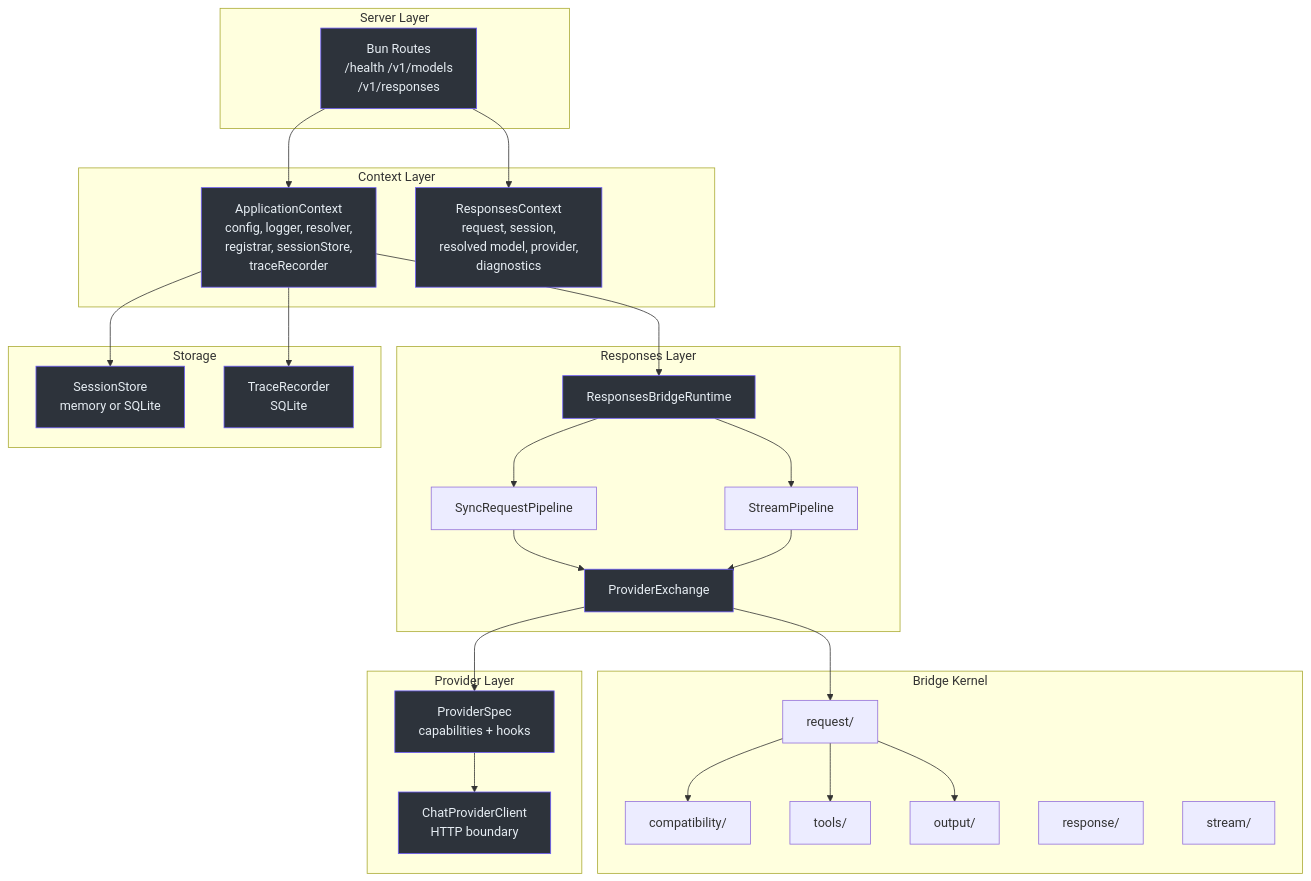
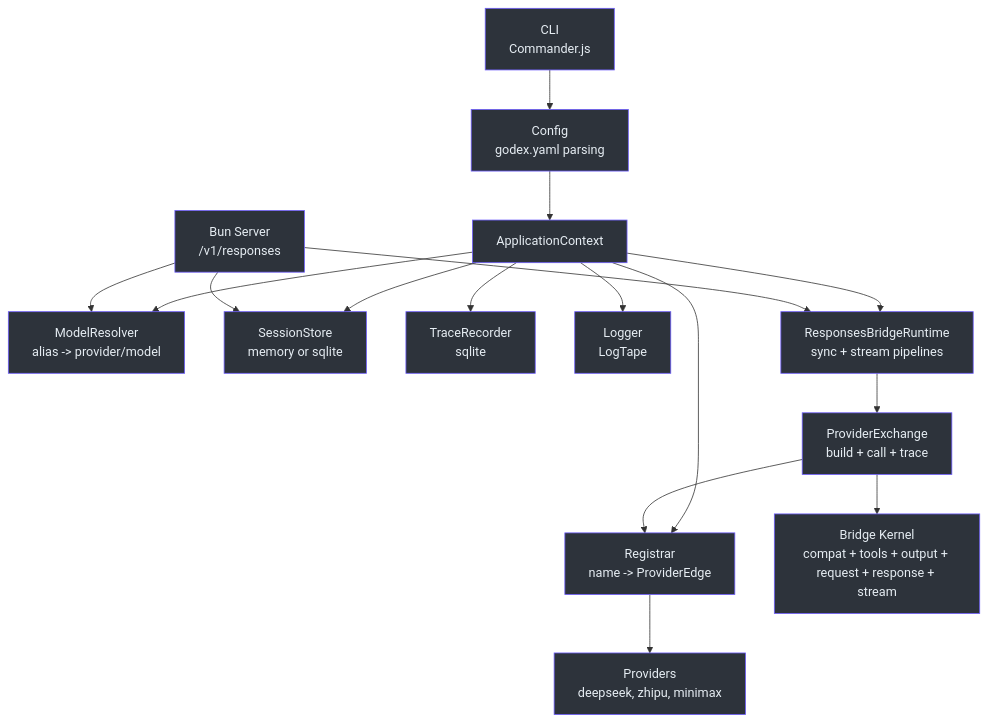
One commit to zamelee/GodeX changed the first of 3 diagrams in wiki/onboarding/staff-engineer-guide.md. Above: the diagram before and after it, drawn with Mermaid. The commit also changed other lines of this file and 120 other files, not shown here.

Commit message:
docs: comprehensive VitePress wiki with dark theme, EN/ZH sync, and Mermaid fixes (#118)

````diff
--- a/wiki/onboarding/staff-engineer-guide.md
+++ b/wiki/onboarding/staff-engineer-guide.md
@@ -42,63 +157,46 @@
 ```mermaid
 graph TB
-  subgraph Server["Server Layer"]
-    Routes["Bun Routes<br>/health /v1/models<br>/v1/responses"]
-  end
+  CLI["CLI<br>Commander.js"]
+  Config["Config<br>godex.yaml parsing"]
+  AppCtx["ApplicationContext"]
+  Resolver["ModelResolver<br>alias -> provider/model"]
+  Registrar["Registrar<br>name -> ProviderEdge"]
+  Session["SessionStore<br>memory or sqlite"]
+  Trace["TraceRecorder<br>sqlite"]
+  Logger["Logger<br>LogTape"]
+  Bridge["Bridge Kernel<br>compat + tools + output + request + response + stream"]
+  Runtime["ResponsesBridgeRuntime<br>sync + stream pipelines"]
+  Exchange["ProviderExchange<br>build + call + trace"]
+  Server["Bun Server<br>/v1/responses"]
+  Providers["Providers<br>deepseek, zhipu, minimax"]
 
-  subgraph Context["Context Layer"]
-    AppCtx["ApplicationContext<br>config, logger, resolver,<br>registrar, sessionStore,<br>traceRecorder"]
-    RspCtx["ResponsesContext<br>request, session,<br>resolved model, provider,<br>diagnostics"]
-  end
-
-  subgraph Runtime["Responses Layer"]
-    RBR["ResponsesBridgeRuntime"]
-    Sync["SyncRequestPipeline"]
-    Stream["StreamPipeline"]
-    Exchange["ProviderExchange"]
-  end
-
-  subgraph Bridge["Bridge Kernel"]
-    Compat["compatibility/"]
-    Request["request/"]
-    Tools["tools/"]
-    Output["output/"]
-    Response["response/"]
-    Stm["stream/"]
-  end
-
-  subgraph Providers["Provider Layer"]
-    Spec["ProviderSpec<br>capabilities + hooks"]
-    Client["ChatProviderClient<br>HTTP boundary"]
-  end
-
-  subgraph Storage["Storage"]
-    Session["SessionStore<br>memory or SQLite"]
-    Trace["TraceRecorder<br>SQLite"]
-  end
-
-  Routes --> AppCtx
-  Routes --> RspCtx
-  AppCtx --> RBR
-  RBR --> Sync
-  RBR --> Stream
-  Sync --> Exchange
-  Stream --> Exchange
-  Exchange --> Request
-  Exchange --> Spec
-  Request --> Compat
-  Request --> Tools
-  Request --> Output
-  Spec --> Client
+  CLI --> Config
+  Config --> AppCtx
+  AppCtx --> Resolver
+  AppCtx --> Registrar
   AppCtx --> Session
   AppCtx --> Trace
+  AppCtx --> Logger
+  AppCtx --> Runtime
+  Runtime --> Exchange
+  Exchange --> Bridge
+  Exchange --> Registrar
+  Registrar --> Providers
+  Server --> Runtime
+  Server --> Resolver
+  Server --> Session
 
-  style Routes fill:#2d333b,stroke:#6d5dfc,color:#e6edf3
+  style CLI fill:#2d333b,stroke:#6d5dfc,color:#e6edf3
+  style Config fill:#2d333b,stroke:#6d5dfc,color:#e6edf3
   style AppCtx fill:#2d333b,stroke:#6d5dfc,color:#e6edf3
-  style RspCtx fill:#2d333b,stroke:#6d5dfc,color:#e6edf3
-  style RBR fill:#2d333b,stroke:#6d5dfc,color:#e6edf3
-  style Exchange fill:#2d333b,stroke:#6d5dfc,color:#e6edf3
-  style Spec fill:#2d333b,stroke:#6d5dfc,color:#e6edf3
-  style Client fill:#2d333b,stroke:#6d5dfc,color:#e6edf3
+  style Resolver fill:#2d333b,stroke:#6d5dfc,color:#e6edf3
+  style Registrar fill:#2d333b,stroke:#6d5dfc,color:#e6edf3
   style Session fill:#2d333b,stroke:#6d5dfc,color:#e6edf3
   style Trace fill:#2d333b,stroke:#6d5dfc,color:#e6edf3
+  style Logger fill:#2d333b,stroke:#6d5dfc,color:#e6edf3
+  style Bridge fill:#2d333b,stroke:#6d5dfc,color:#e6edf3
+  style Runtime fill:#2d333b,stroke:#6d5dfc,color:#e6edf3
+  style Exchange fill:#2d333b,stroke:#6d5dfc,color:#e6edf3
+  style Server fill:#2d333b,stroke:#6d5dfc,color:#e6edf3
+  style Providers fill:#2d333b,stroke:#6d5dfc,color:#e6edf3
 ```
````
